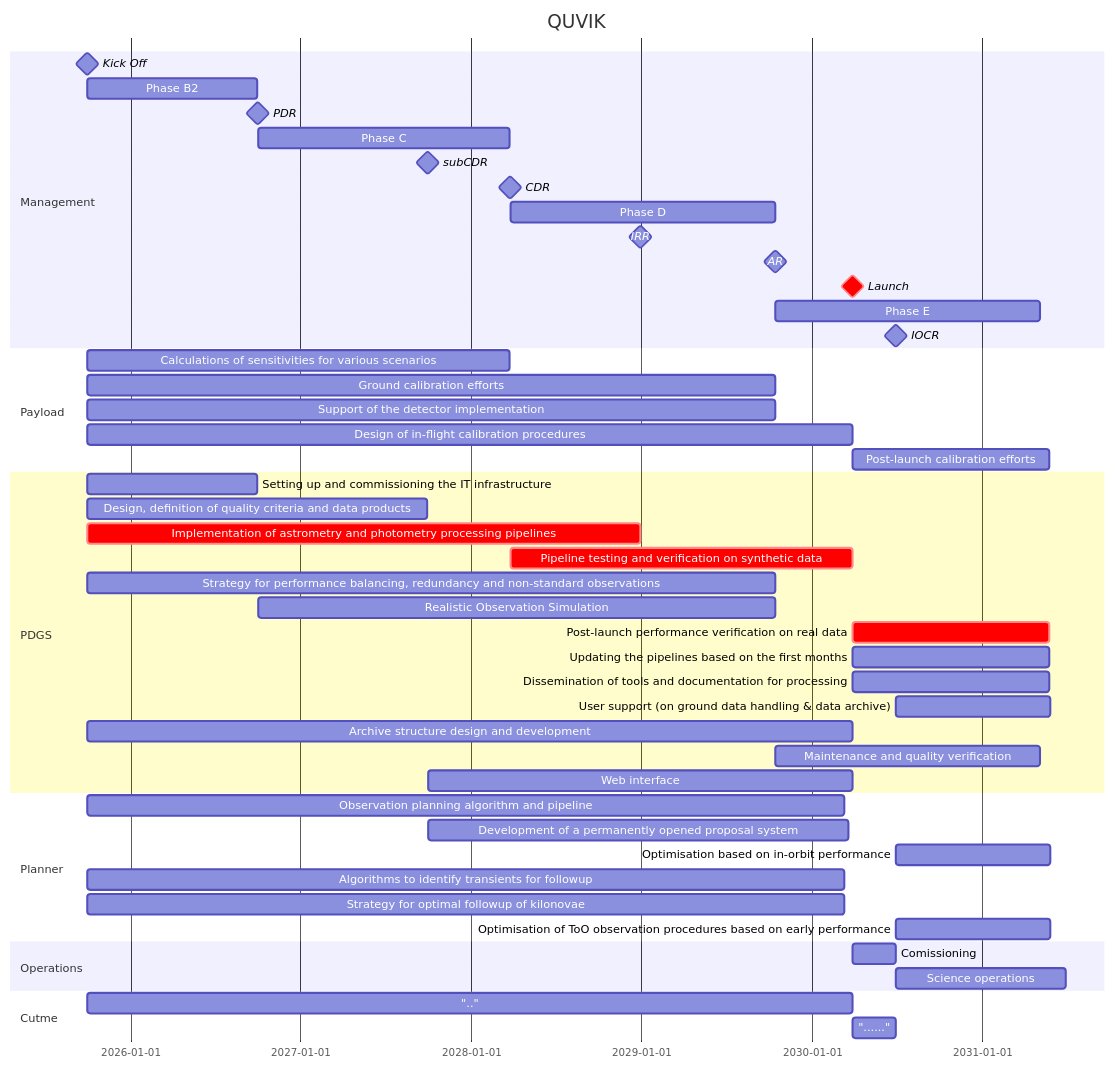
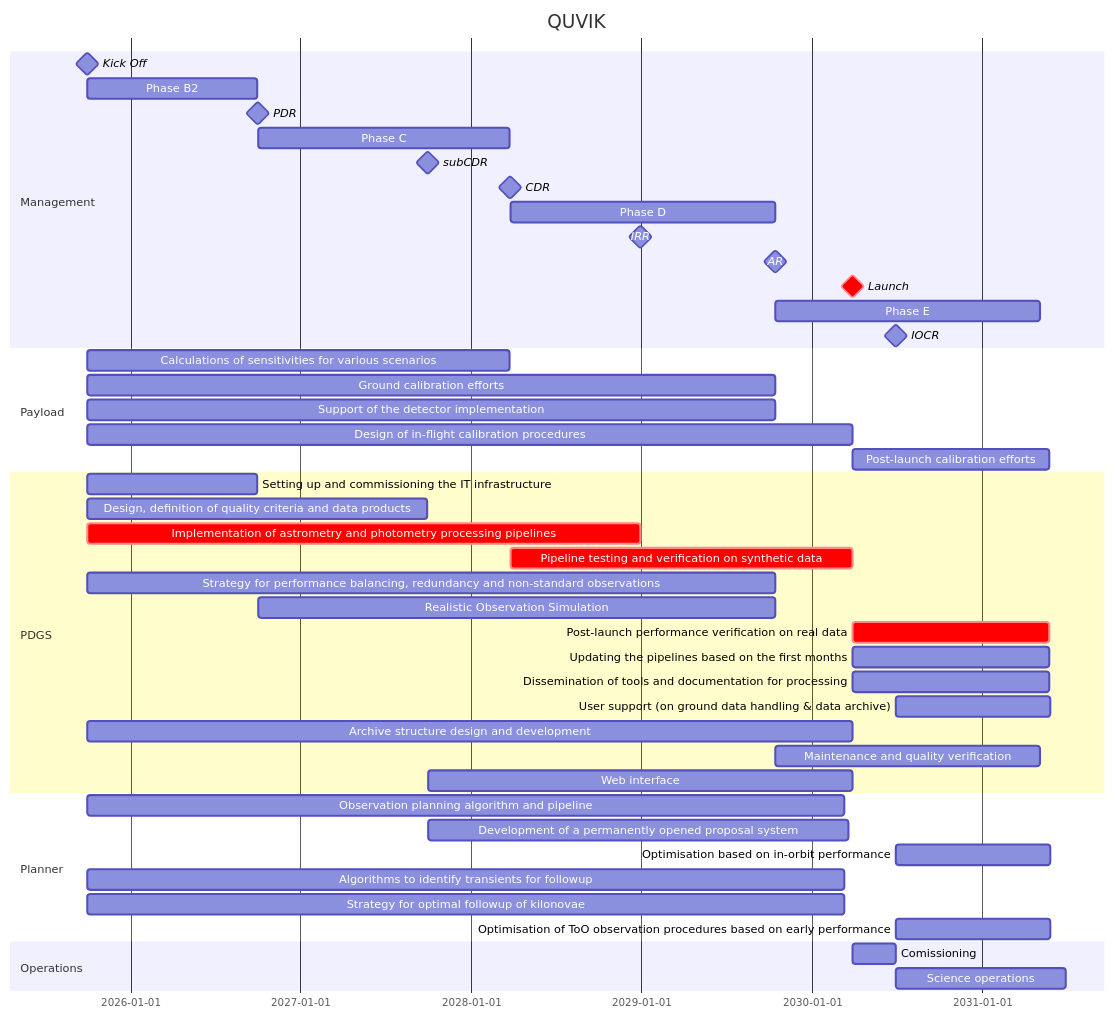
Before and after one commit to limu007/quvik: the diagram in calib/Block.md, drawn with Mermaid.

````diff
--- a/calib/Block.md
+++ b/calib/Block.md
@@ -3,57 +3,53 @@
 ```mermaid
 gantt
     title QUVIK
     dateFormat  YYYY-MM-DD
     section Management
     Kick Off : milestone, m1, 2025-09-31, 1d
     Phase B2 : b2, after m1, 52w
     PDR : milestone, pdr, after b2, 1d
     Phase C : c1, after pdr, 77w
     subCDR :  milestone, sc1, after des, 1d
     CDR : milestone, cdr, after c1, 1d
     Phase D : d1, after cdr, 81w
     IRR : milestone, irr, after imp, 1d
     AR : milestone, ar, after d1, 1d
     Launch : crit, milestone, frr, after dcal, 1d
     Phase E : e1, after ar, 81w
     IOCR : milestone, iocr, after e2, 1d
 
     section Payload
     Calculations of sensitivities for various scenarios :  after m1 , until cdr
     Ground calibration efforts :  after m1 , until ar
     Support of the detector implementation :  after m1 , until ar 
     Design of in-flight calibration procedures : dcal, after m1 , 234w
     Post-launch calibration efforts : after frr , 420d
 
     section PDGS
     Setting up and commissioning the IT infrastructure : after m1, until pdr
     Design, definition of quality criteria and data products : 	des, after m1	, 104w
     Implementation of astrometry and photometry processing pipelines :crit, imp, after m1 , 169w
     Pipeline testing and verification on synthetic data :crit,  pp, after cdr, until frr
     Strategy for performance balancing, redundancy and non-standard observations :  after m1 , until ar
     Realistic Observation Simulation :  after pdr , until ar
     Post-launch performance verification on real data :crit,   after frr , 420d
     Updating the pipelines based on the first months :  after frr , 420d
     Dissemination of tools and documentation for processing :  after frr , 420d
      User support (on ground data handling & data archive) :  after iocr , 330d
      Archive structure design and development :  after m1 , until frr
      Maintenance and quality verification :  after ar , 81w
      Web interface :  after sc1 , until frr
 
     section Planner
     Observation planning algorithm and pipeline :  after m1 , 1620d
     Development of a permanently opened proposal system : after sc1 , 900d
     Optimisation based on in-orbit performance :  after iocr , 330d
     Algorithms to identify transients for followup :  after m1 , 1620d
     Strategy for optimal followup of kilonovae :  after m1 , 1620d
     Optimisation of ToO observation procedures based on early performance :  after iocr , 330d
 
     section Operations
     Comissioning : e2, after frr, 13w
     Science operations : e3, after iocr, 52w
 
-    section Cutme
-    "..": dcal, after m1 , 234w
-    "......" : e2, after frr, 13w
-
 ```
````
